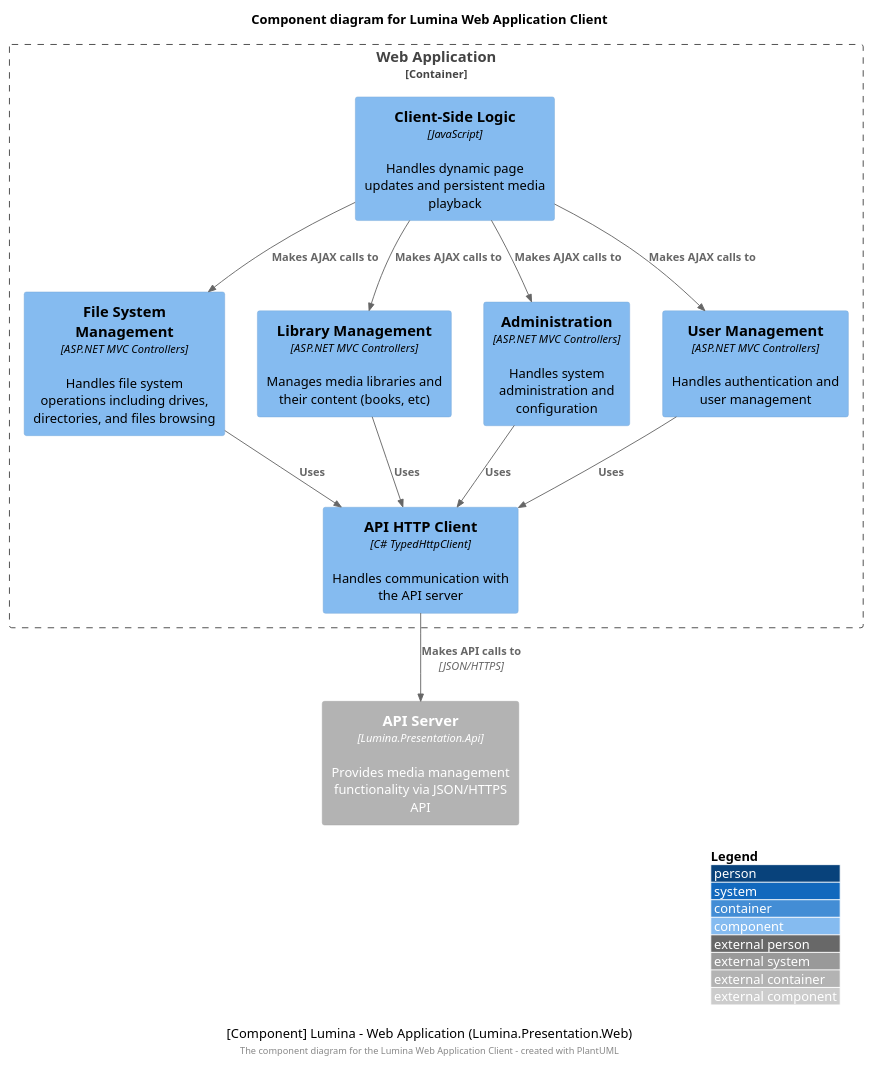
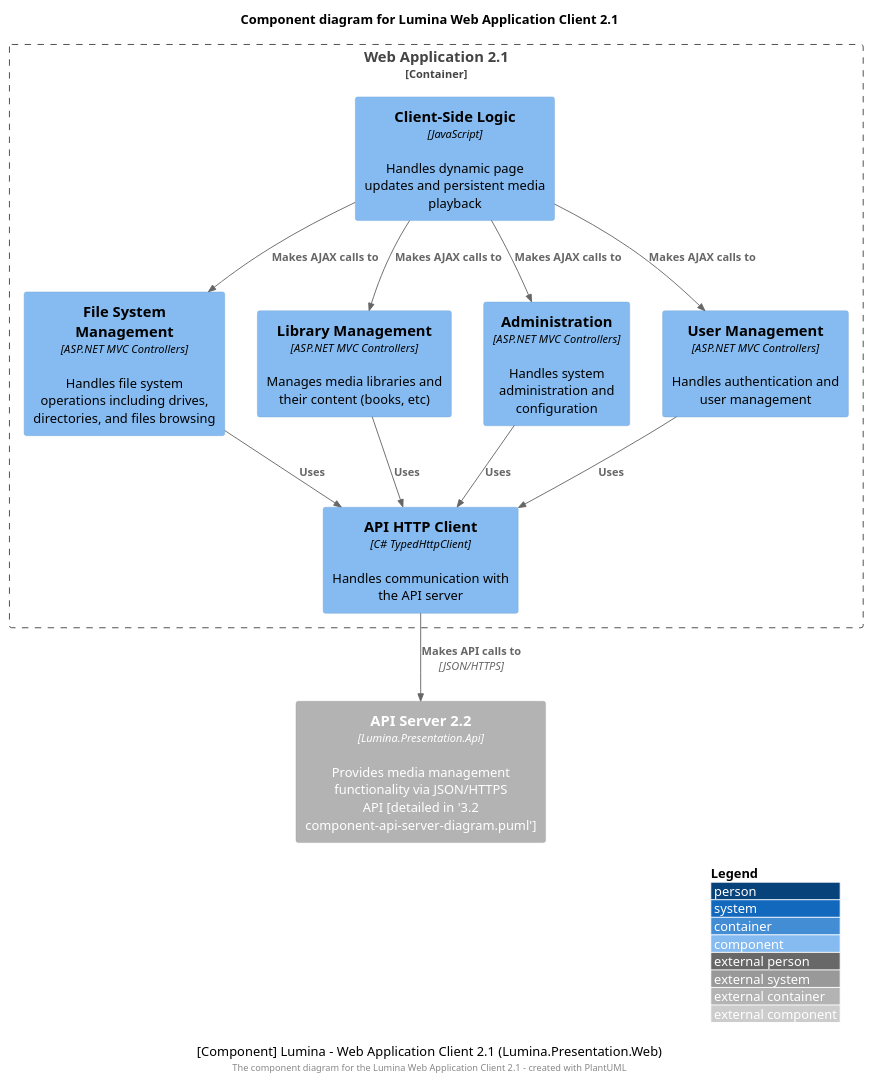
The diagram in docs/technical/architecture/3.1 component-web-client-diagram.puml (BinaryAlley/Lumina), drawn with PlantUML before and after one commit. The commit also changed 10 other files, not shown here.

Commit message:
Adds remaining architecture diagrams

```diff
--- a/docs/technical/architecture/3.1 component-web-client-diagram.puml
+++ b/docs/technical/architecture/3.1 component-web-client-diagram.puml
@@ -1,36 +1,36 @@
 @startuml Lumina Web Application Components
 !include <C4/C4_Component>
 
 LAYOUT_WITH_LEGEND()
-title Component diagram for Lumina Web Application Client
+title Component diagram for Lumina Web Application Client 2.1
 
-Container_Ext(api, "API Server", "Lumina.Presentation.Api", "Provides media management functionality via JSON/HTTPS API")
+Container_Ext(api, "API Server 2.2", "Lumina.Presentation.Api", "Provides media management functionality via JSON/HTTPS API [detailed in '3.2 component-api-server-diagram.puml']")
 
-Container_Boundary(wb, "Web Application") {
+Container_Boundary(wb, "Web Application 2.1") {
     Component(fileSystem, "File System Management", "ASP.NET MVC Controllers", "Handles file system operations including drives, directories, and files browsing")
     
     Component(library, "Library Management", "ASP.NET MVC Controllers", "Manages media libraries and their content (books, etc)")
     
     Component(admin, "Administration", "ASP.NET MVC Controllers", "Handles system administration and configuration")
     
     Component(users, "User Management", "ASP.NET MVC Controllers", "Handles authentication and user management")
     
     Component(clientJs, "Client-Side Logic", "JavaScript", "Handles dynamic page updates and persistent media playback")
     
     Component(httpClient, "API HTTP Client", "C# TypedHttpClient", "Handles communication with the API server")
 }
 
 Rel(fileSystem, httpClient, "Uses")
 Rel(library, httpClient, "Uses")
 Rel(admin, httpClient, "Uses")
 Rel(users, httpClient, "Uses")
 Rel(httpClient, api, "Makes API calls to", "JSON/HTTPS")
 Rel(clientJs, fileSystem, "Makes AJAX calls to")
 Rel(clientJs, library, "Makes AJAX calls to")
 Rel(clientJs, admin, "Makes AJAX calls to")
 Rel(clientJs, users, "Makes AJAX calls to")
 
-caption [Component] Lumina - Web Application (Lumina.Presentation.Web)
+caption [Component] Lumina - Web Application Client 2.1 (Lumina.Presentation.Web)
 
-footer The component diagram for the Lumina Web Application Client - created with PlantUML
+footer The component diagram for the Lumina Web Application Client 2.1 - created with PlantUML
 @enduml
```
